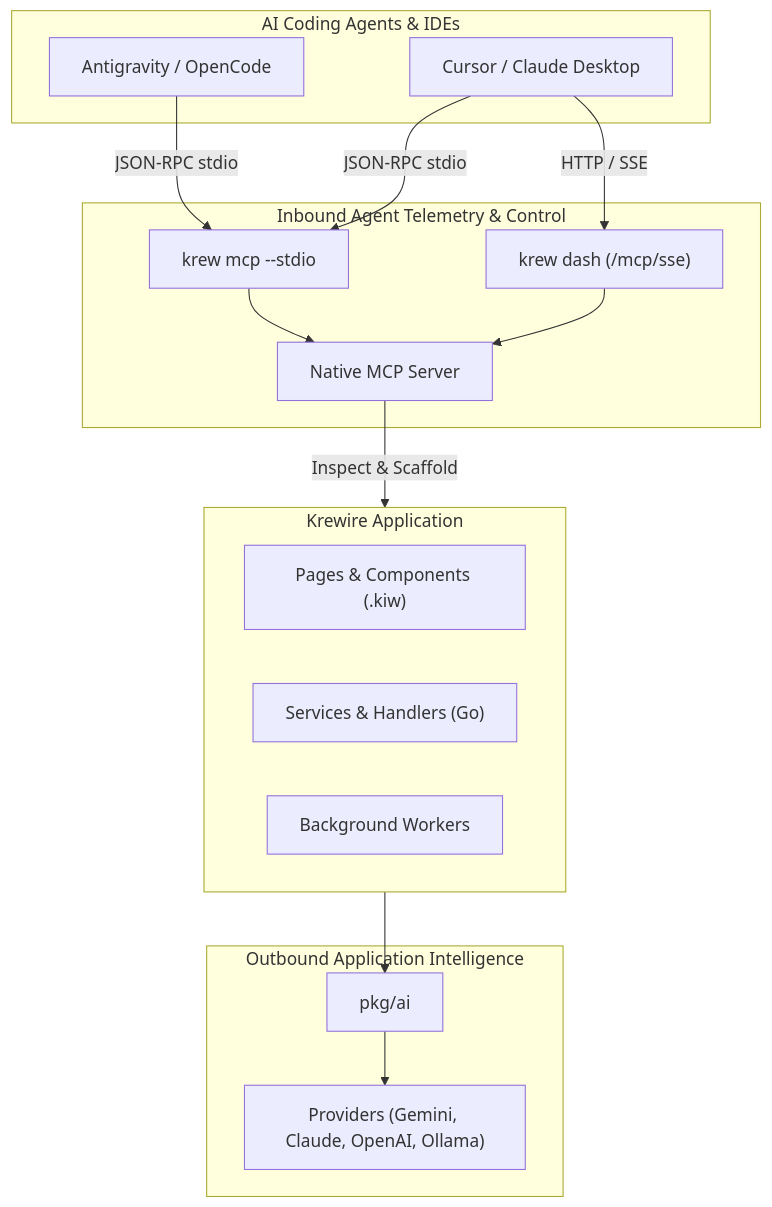
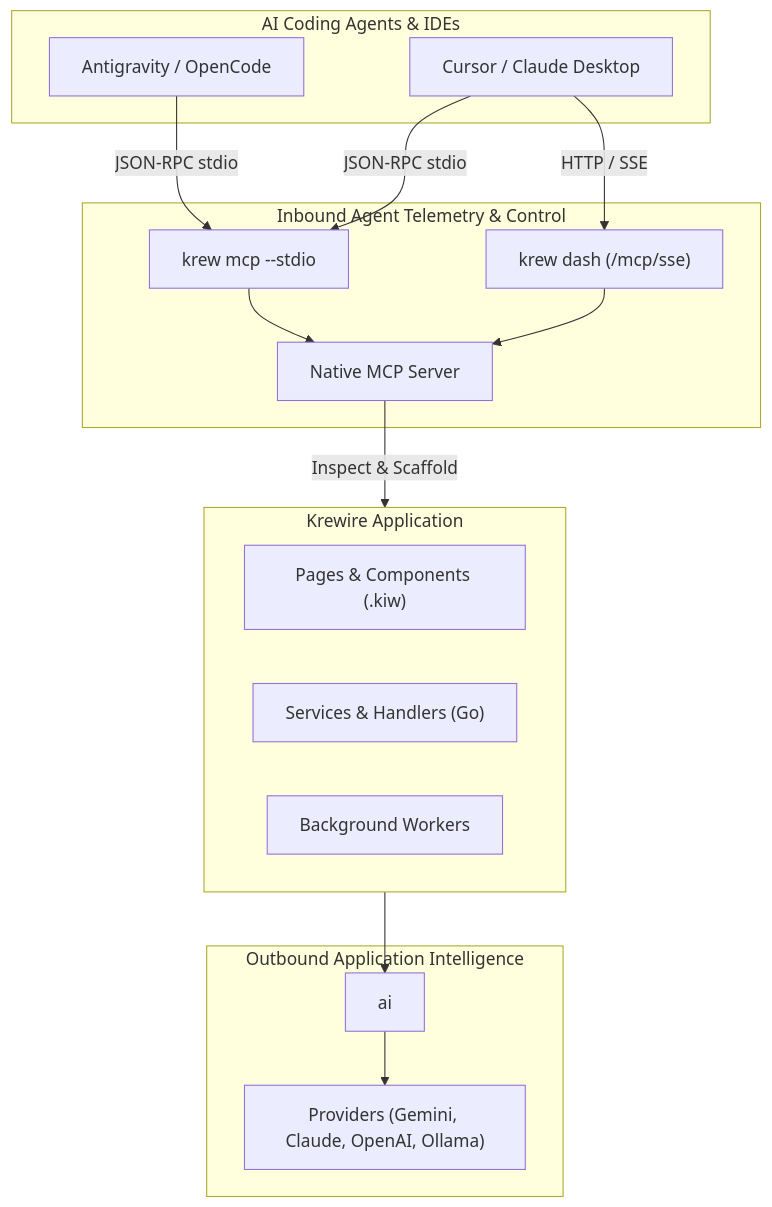
One commit to krewire/krewire.com changed the diagram in content/en/docs/10-guides/04-agentic-development.md. Above: the diagram before and after it, drawn with Mermaid. The commit also changed other lines of this file and 121 other files, not shown here.

````diff
--- a/content/en/docs/10-guides/04-agentic-development.md
+++ b/content/en/docs/10-guides/04-agentic-development.md
@@ -17,34 +17,34 @@
 ```mermaid
 flowchart TD
     subgraph Agents ["AI Coding Agents & IDEs"]
         AGY["Antigravity / OpenCode"]
         CUR["Cursor / Claude Desktop"]
     end
 
     subgraph Inbound ["Inbound Agent Telemetry & Control"]
         STDIO["krew mcp --stdio"]
         SSE["krew dash (/mcp/sse)"]
         SRV["Native MCP Server"]
     end
 
     subgraph Outbound ["Outbound Application Intelligence"]
-        AISDK["pkg/ai"]
+        AISDK["ai"]
         PROV["Providers (Gemini, Claude, OpenAI, Ollama)"]
     end
 
     subgraph Project ["Krewire Application"]
         PAGES["Pages & Components (.kiw)"]
         SERVICES["Services & Handlers (Go)"]
         WORKERS["Background Workers"]
     end
 
     AGY -->|JSON-RPC stdio| STDIO
     CUR -->|JSON-RPC stdio| STDIO
     CUR -->|HTTP / SSE| SSE
     STDIO --> SRV
     SSE --> SRV
     SRV -->|Inspect & Scaffold| Project
 
     Project --> AISDK
     AISDK --> PROV
 ```
````
